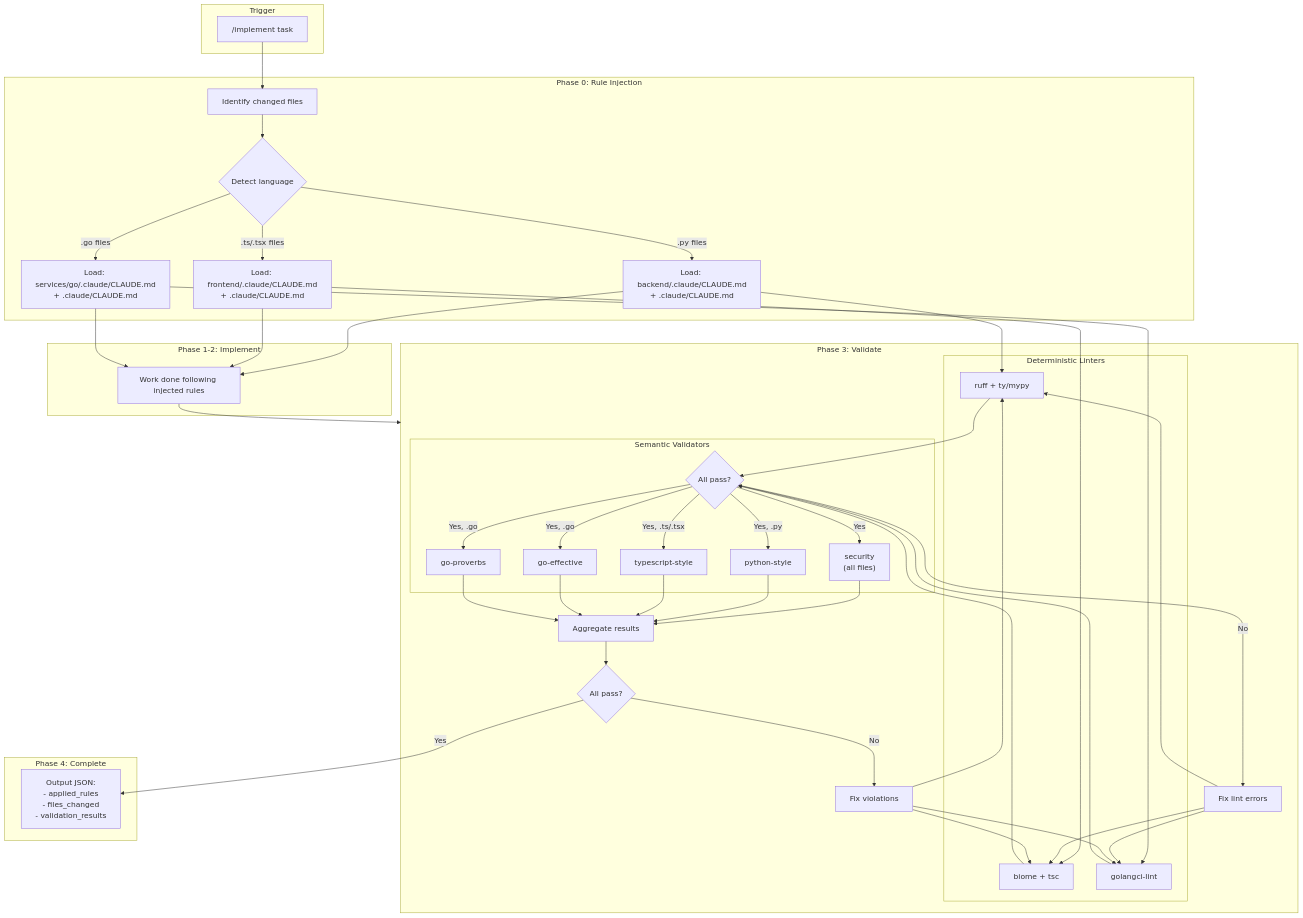
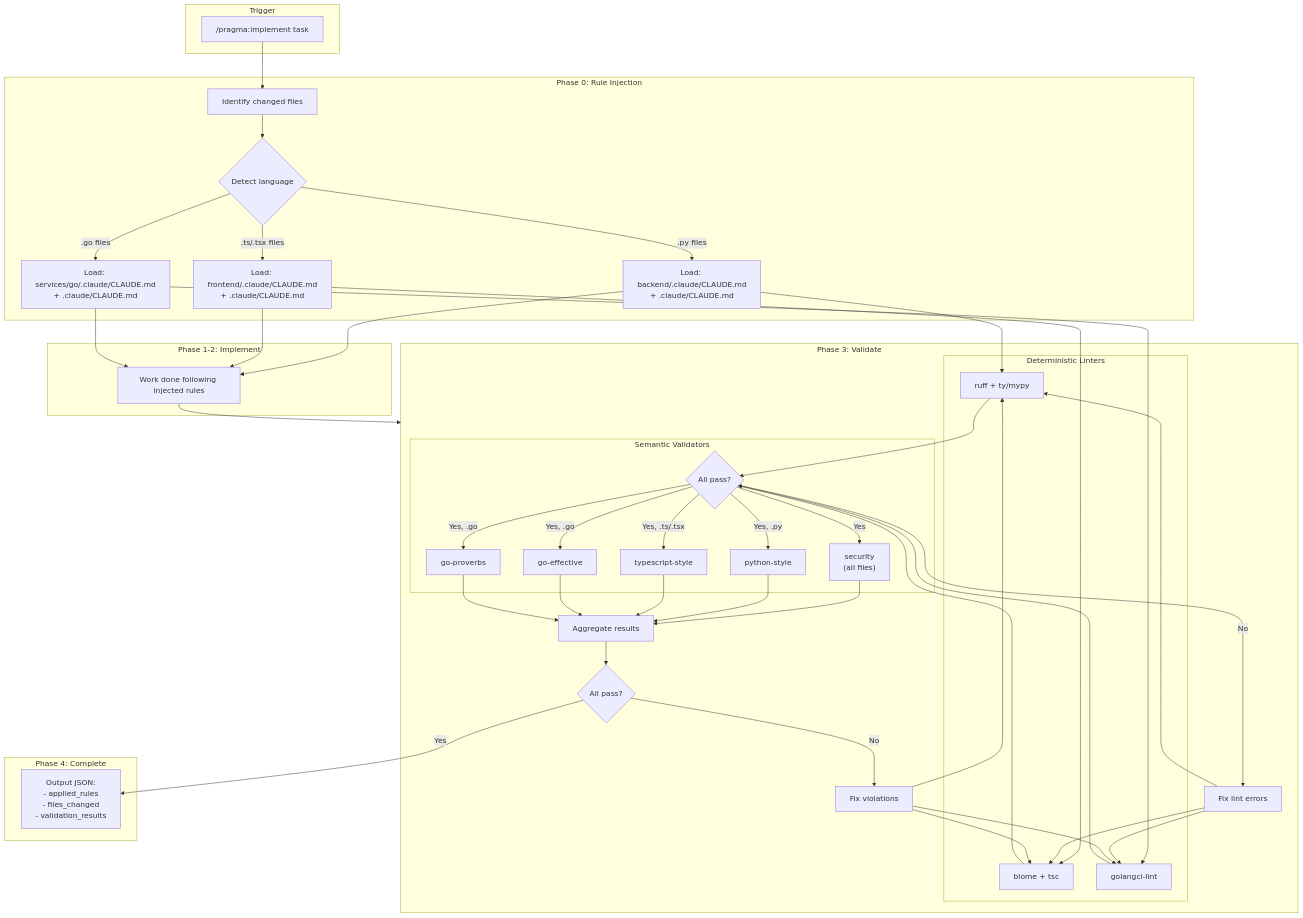
Before and after one commit to peteski22/claude-pragma: the second of 9 diagrams in ARCHITECTURE.md, drawn with Mermaid. The commit also changed other lines of this file and 77 other files, not shown here.

````diff
--- a/ARCHITECTURE.md
+++ b/ARCHITECTURE.md
@@ -202,53 +202,53 @@
 ```mermaid
 flowchart TB
     subgraph Trigger["Trigger"]
-        Start["/implement task"]
+        Start["/pragma:implement task"]
     end
 
     subgraph Phase0["Phase 0: Rule Injection"]
         P0[Identify changed files]
         P0 --> DetectLang{Detect language}
 
         DetectLang -->|.py files| PyRules["Load: backend/.claude/CLAUDE.md<br/>+ .claude/CLAUDE.md"]
         DetectLang -->|.ts/.tsx files| TSRules["Load: frontend/.claude/CLAUDE.md<br/>+ .claude/CLAUDE.md"]
         DetectLang -->|.go files| GoRules["Load: services/go/.claude/CLAUDE.md<br/>+ .claude/CLAUDE.md"]
     end
 
     subgraph Phase12["Phase 1-2: Implement"]
         Impl[Work done following injected rules]
     end
 
     subgraph Phase3["Phase 3: Validate"]
         subgraph DetChecks["Deterministic Linters"]
             PyRules --> PyLint["ruff + ty/mypy"]
             TSRules --> TSLint["biome + tsc"]
             GoRules --> GoLint["golangci-lint"]
         end
 
         PyLint & TSLint & GoLint --> LintPass{All pass?}
         LintPass -->|No| FixLint[Fix lint errors]
         FixLint --> PyLint & TSLint & GoLint
 
         subgraph SemVal["Semantic Validators"]
             LintPass -->|Yes| SecVal["security<br/>(all files)"]
 
             LintPass -->|Yes, .py| PyStyle["python-style"]
             LintPass -->|Yes, .ts/.tsx| TSStyle["typescript-style"]
             LintPass -->|Yes, .go| GoEff["go-effective"]
             LintPass -->|Yes, .go| GoProv["go-proverbs"]
         end
 
         SecVal & PyStyle & TSStyle & GoEff & GoProv --> Agg[Aggregate results]
         Agg --> ValPass{All pass?}
         ValPass -->|No| FixViol[Fix violations]
         FixViol --> PyLint & TSLint & GoLint
     end
 
     subgraph Phase4["Phase 4: Complete"]
         ValPass -->|Yes| Output["Output JSON:<br/>- applied_rules<br/>- files_changed<br/>- validation_results"]
     end
 
     Start --> P0
     PyRules & TSRules & GoRules --> Impl
     Impl --> Phase3
 ```
````
